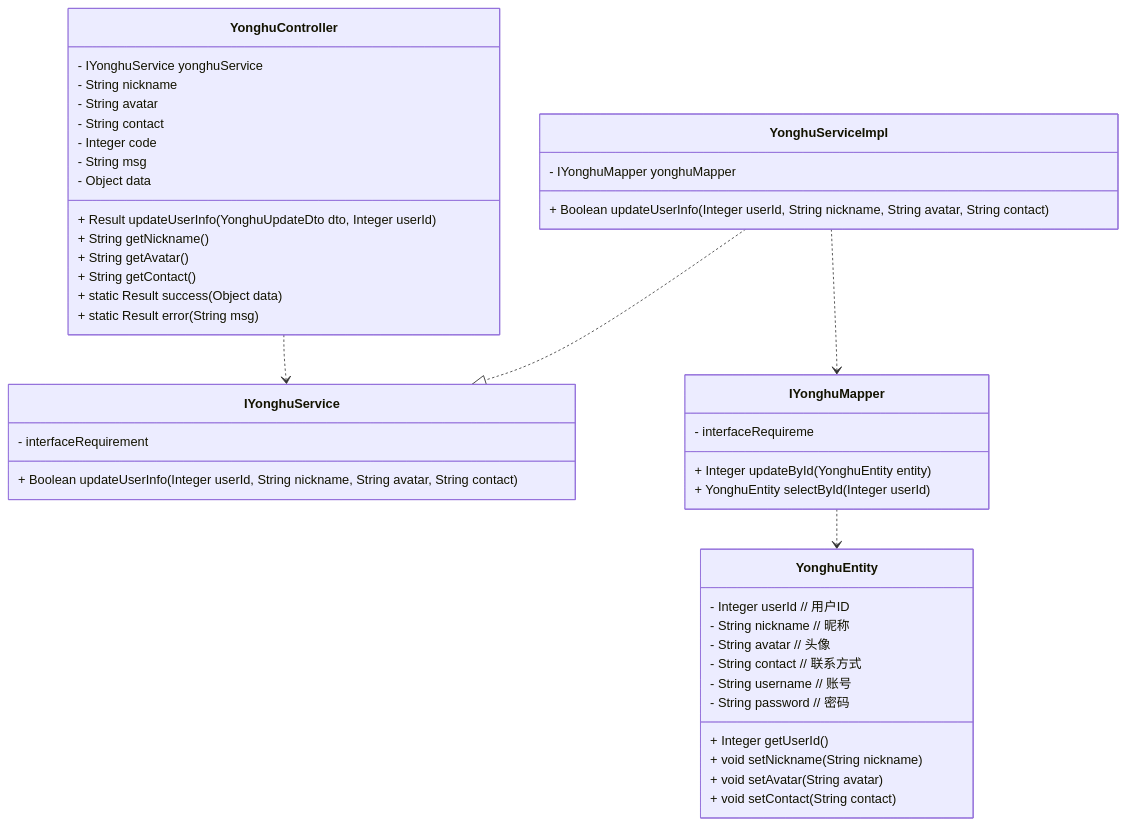
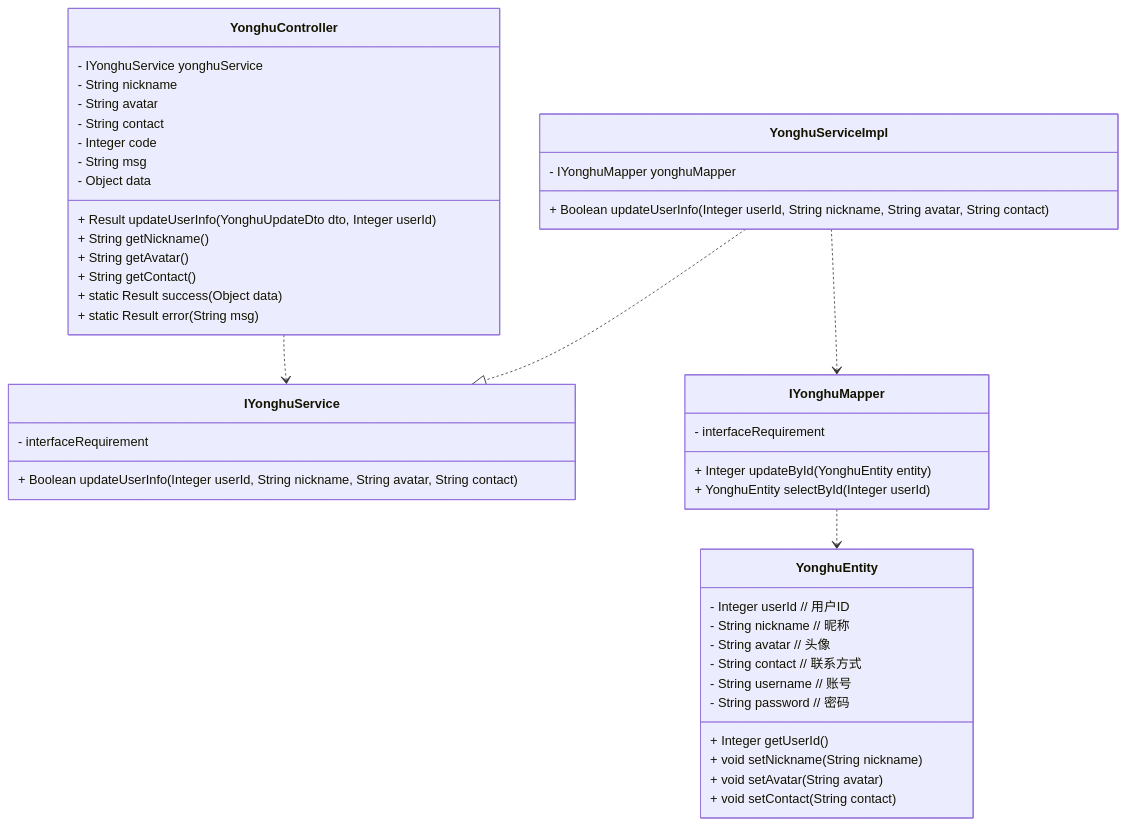
Before and after one commit to DEbalanceUX/iodraw-files: the diagram in all/未命名-6.md, drawn with Mermaid.

Commit message:
2025-12-26 03:47:46 update

````diff
--- a/all/未命名-6.md
+++ b/all/未命名-6.md
@@ -1,64 +1,64 @@
 ```mermaid
 classDiagram
     %% 关系定义（仅用Class+implements）
     YonghuServiceImpl ..|> IYonghuService : 
     YonghuController ..> IYonghuService : 
     YonghuServiceImpl ..> IYonghuMapper : 
     IYonghuMapper ..> YonghuEntity : 
 
     %% Controller层
     class YonghuController {
         - IYonghuService yonghuService
         + Result updateUserInfo(YonghuUpdateDto dto, Integer userId)
         
         
             - String nickname      
             - String avatar         
             - String contact        
             + String getNickname()
             + String getAvatar()
             + String getContact()
         
         
     
             - Integer code
             - String msg      
             - Object data   
             + static Result success(Object data)
             + static Result error(String msg)
         
     }
 
     %% Service接口（伪装为Class，注释说明是接口）
     class IYonghuService {
         - interfaceRequirement
         + Boolean updateUserInfo(Integer userId, String nickname, String avatar, String contact)
     }
 
     %% Service实现类
     class YonghuServiceImpl {
         - IYonghuMapper yonghuMapper
         + Boolean updateUserInfo(Integer userId, String nickname, String avatar, String contact)
     }
 
     %% Mapper接口（伪装为Class，注释说明是接口）
     class IYonghuMapper {
-        - interfaceRequireme
+        - interfaceRequirement
         + Integer updateById(YonghuEntity entity)
         + YonghuEntity selectById(Integer userId)
     }
 
     %% Entity层
     class YonghuEntity {
         - Integer userId        // 用户ID
         - String nickname       // 昵称
         - String avatar         // 头像
         - String contact        // 联系方式
         - String username       // 账号
         - String password       // 密码
         + Integer getUserId()
         + void setNickname(String nickname)
         + void setAvatar(String avatar)
         + void setContact(String contact)
     }
 ```
````
